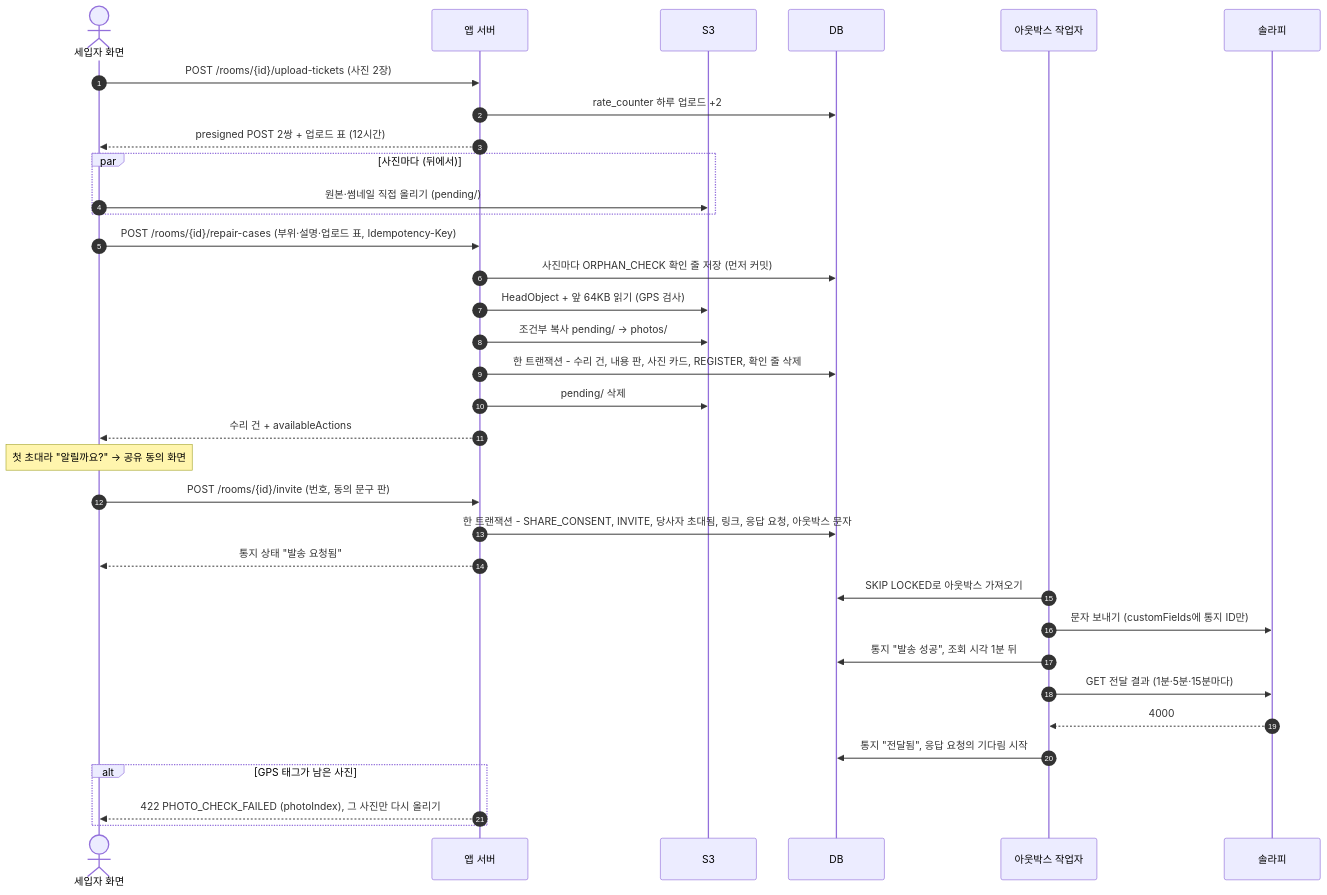
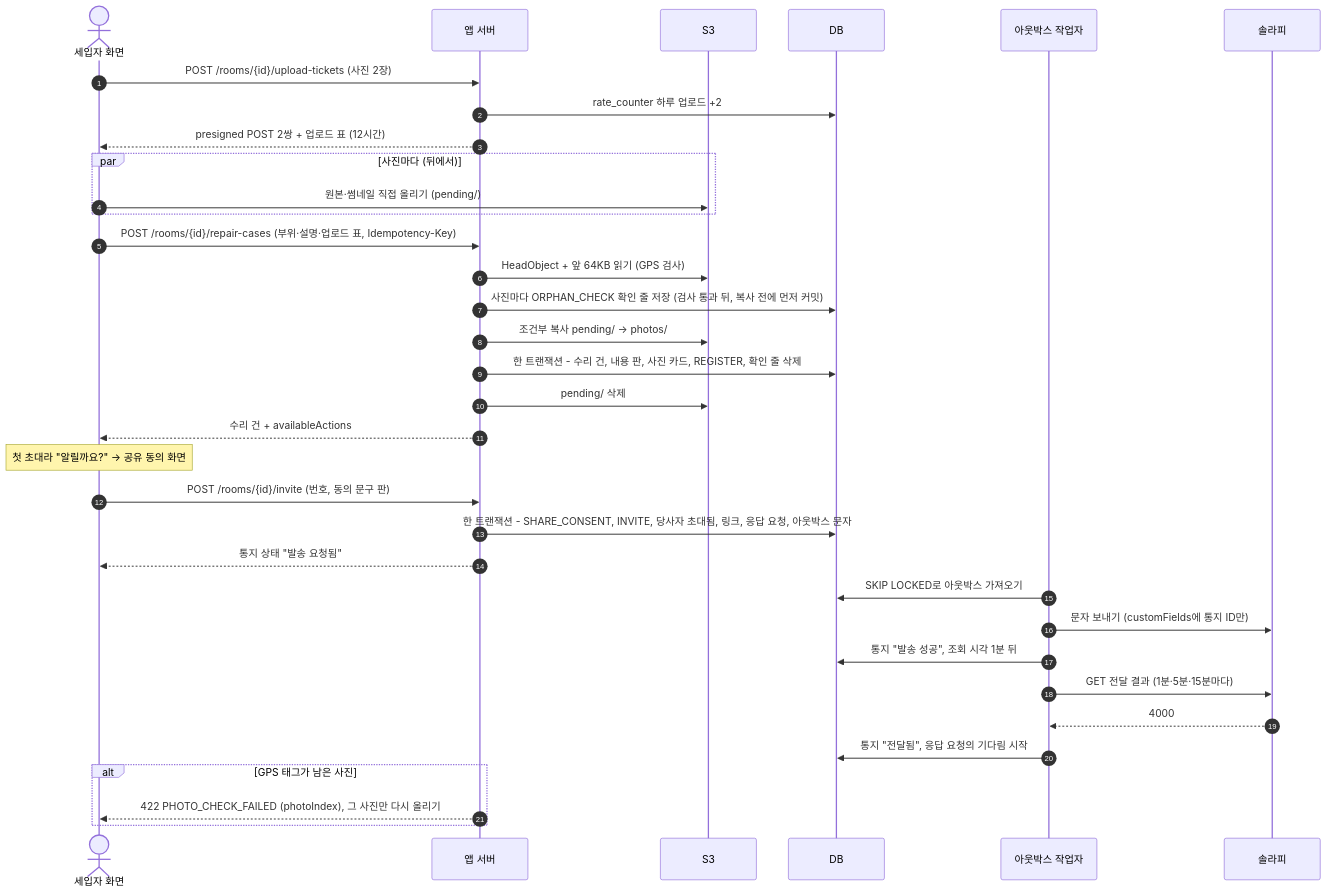
The first of 6 diagrams in docs/rules/06-요구사항-명세.md (prgrms-be-devcourse/NBE12-14-final-homestamp), drawn with Mermaid before and after one commit.

Commit message:
docs: 사진 확인 줄 저장 순서를 그림에 반영

````diff
--- a/docs/rules/06-요구사항-명세.md
+++ b/docs/rules/06-요구사항-명세.md
@@ -2283,36 +2283,36 @@
 ```mermaid
 sequenceDiagram
     autonumber
     actor T as 세입자 화면
     participant API as 앱 서버
     participant S3 as S3
     participant DB as DB
     participant W as 아웃박스 작업자
     participant SOL as 솔라피
     T->>API: POST /rooms/{id}/upload-tickets (사진 2장)
     API->>DB: rate_counter 하루 업로드 +2
     API-->>T: presigned POST 2쌍 + 업로드 표 (12시간)
     par 사진마다 (뒤에서)
         T->>S3: 원본·썸네일 직접 올리기 (pending/)
     end
     T->>API: POST /rooms/{id}/repair-cases (부위·설명·업로드 표, Idempotency-Key)
-    API->>DB: 사진마다 ORPHAN_CHECK 확인 줄 저장 (먼저 커밋)
     API->>S3: HeadObject + 앞 64KB 읽기 (GPS 검사)
+    API->>DB: 사진마다 ORPHAN_CHECK 확인 줄 저장 (검사 통과 뒤, 복사 전에 먼저 커밋)
     API->>S3: 조건부 복사 pending/ → photos/
     API->>DB: 한 트랜잭션 - 수리 건, 내용 판, 사진 카드, REGISTER, 확인 줄 삭제
     API->>S3: pending/ 삭제
     API-->>T: 수리 건 + availableActions
     Note over T: 첫 초대라 "알릴까요?" → 공유 동의 화면
     T->>API: POST /rooms/{id}/invite (번호, 동의 문구 판)
     API->>DB: 한 트랜잭션 - SHARE_CONSENT, INVITE, 당사자 초대됨, 링크, 응답 요청, 아웃박스 문자
     API-->>T: 통지 상태 "발송 요청됨"
     W->>DB: SKIP LOCKED로 아웃박스 가져오기
     W->>SOL: 문자 보내기 (customFields에 통지 ID만)
     W->>DB: 통지 "발송 성공", 조회 시각 1분 뒤
     W->>SOL: GET 전달 결과 (1분·5분·15분마다)
     SOL-->>W: 4000
     W->>DB: 통지 "전달됨", 응답 요청의 기다림 시작
     alt GPS 태그가 남은 사진
         API-->>T: 422 PHOTO_CHECK_FAILED (photoIndex), 그 사진만 다시 올리기
     end
 ```
````
